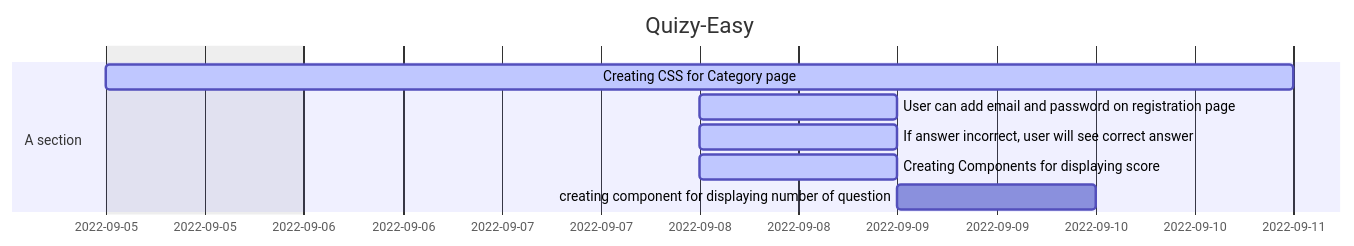
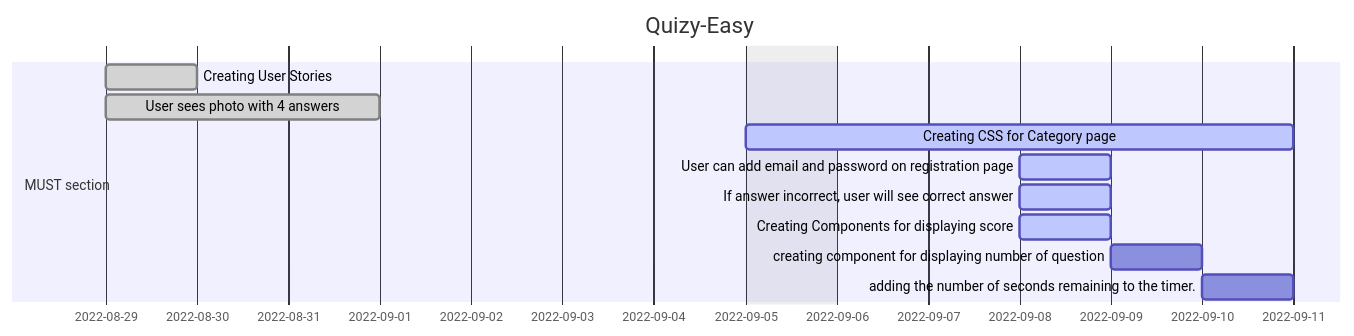
Before and after one commit to arkadiyshin/quizy-easy: the diagram in README.md, drawn with Mermaid.

````diff
--- a/README.md
+++ b/README.md
@@ -1,15 +1,20 @@
 ```mermaid
 
 gantt
 dateFormat  YYYY-MM-DD
 title Quizy-Easy
 excludes weekdays 2022-09-05
 
-section A section
-Creating CSS for Category page                        :active,  des1, 2022-09-05, 2022-09-11
-User can add email and password on registration page  :active,  des2, 2022-09-08, 1d
-If answer incorrect, user will see correct answer     :active,  des3, 2022-09-08, 1d
-Creating Components for displaying score              :active,  des4, 2022-09-08, 1d
-creating component for displaying number of question  :         des5, after des4, 1d
+section MUST section
+Creating User Stories                                 :done,    des1, 2022-08-29, 1d
+User sees photo with 4 answers                        :done,    des2, 2022-08-29, 3d
+Creating CSS for Category page                        :active,  des3, 2022-09-05, 2022-09-11
+User can add email and password on registration page  :active,  des4, 2022-09-08, 1d
+If answer incorrect, user will see correct answer     :active,  des5, 2022-09-08, 1d
+Creating Components for displaying score              :active,  des6, 2022-09-08, 1d
+creating component for displaying number of question  :         des7, after des6, 1d
+adding the number of seconds remaining to the timer.  :         des8, after des7, 1d
 
+
+section SHOULD section
 ```
````
